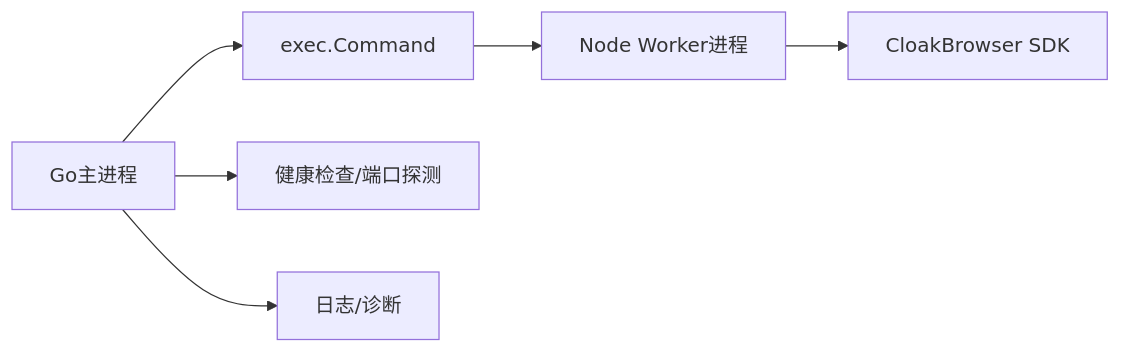
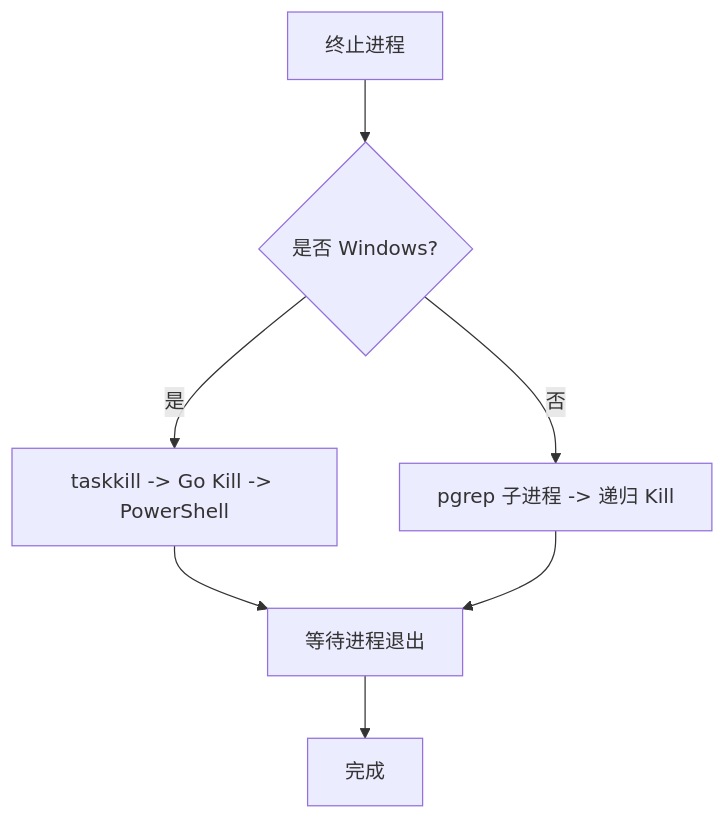
Before and after one commit to alvinwangzi/goodhr: the sixth of 6 diagrams in .qoder/repowiki/zh/content/本地执行器/浏览器自动化/Worker进程管理.md, drawn with Mermaid. The commit also changed other lines of this file and 149 other files, not shown here.

````diff
--- a/.qoder/repowiki/zh/content/本地执行器/浏览器自动化/Worker进程管理.md
+++ b/.qoder/repowiki/zh/content/本地执行器/浏览器自动化/Worker进程管理.md
@@ -289,8 +256,9 @@
 ```mermaid
-graph LR
-GoMain["Go主进程"] --> Exec["exec.Command"]
-Exec --> NodeW["Node Worker进程"]
-NodeW --> Cloak["CloakBrowser SDK"]
-GoMain --> Health["健康检查/端口探测"]
-GoMain --> Log["日志/诊断"]
+flowchart TD
+Terminate["终止进程"] --> IsWindows{"是否 Windows?"}
+IsWindows --> |是| WinTerminate["taskkill -> Go Kill -> PowerShell"]
+IsWindows --> |否| UnixTerminate["pgrep 子进程 -> 递归 Kill"]
+WinTerminate --> VerifyExit["等待进程退出"]
+UnixTerminate --> VerifyExit
+VerifyExit --> Done["完成"]
 ```
````
